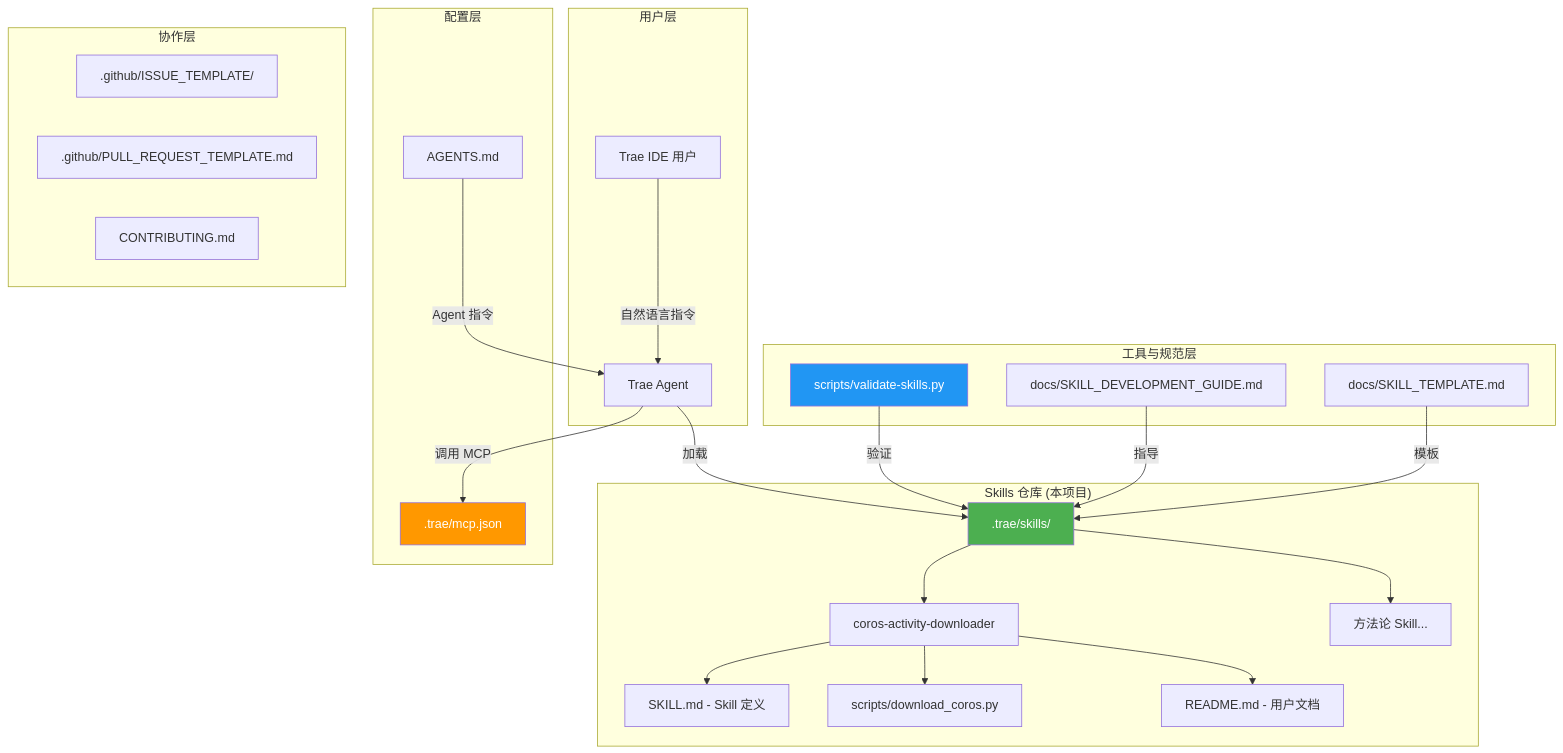
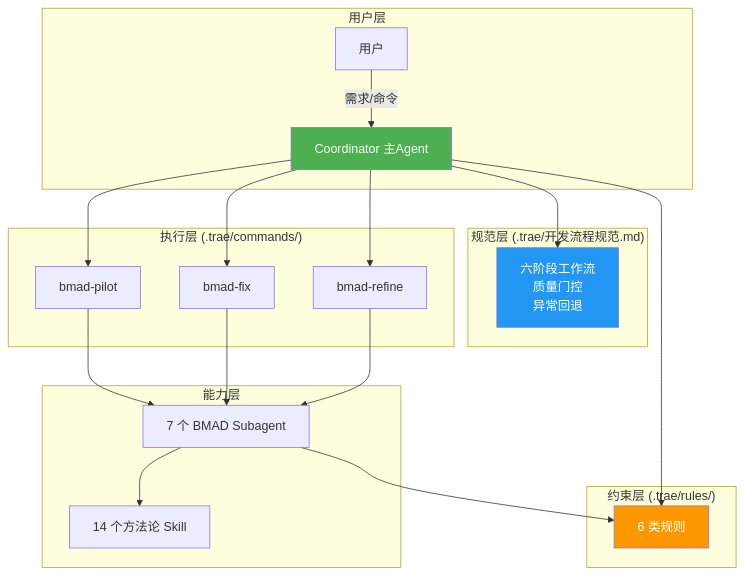
One commit to yecllsl/trae-agent-skills changed the first of 5 diagrams in CODE_WIKI.md. Above: the diagram before and after it, drawn with Mermaid. The commit also changed other lines of this file and 28 other files, not shown here.

````diff
--- a/CODE_WIKI.md
+++ b/CODE_WIKI.md
@@ -50,43 +53,40 @@
 ```mermaid
 graph TB
     subgraph "用户层"
-        A[Trae IDE 用户] -->|自然语言指令| B[Trae Agent]
+        A[用户] -->|需求/命令| B[Coordinator 主Agent]
     end
 
-    subgraph "Skills 仓库 (本项目)"
-        C[.trae/skills/]
-        C --> C1[coros-activity-downloader]
-        C1 --> C1a[SKILL.md - Skill 定义]
-        C1 --> C1b[scripts/download_coros.py]
-        C1 --> C1c[README.md - 用户文档]
-        C --> C2[方法论 Skill...]
+    subgraph "规范层 (.trae/开发流程规范.md)"
+        SPEC[六阶段工作流<br/>质量门控<br/>异常回退]
     end
 
-    subgraph "工具与规范层"
-        D[scripts/validate-skills.py]
-        E[docs/SKILL_DEVELOPMENT_GUIDE.md]
-        F[docs/SKILL_TEMPLATE.md]
+    subgraph "执行层 (.trae/commands/)"
+        CMD1[bmad-pilot]
+        CMD2[bmad-fix]
+        CMD3[bmad-refine]
     end
 
-    subgraph "配置层"
-        G[.trae/mcp.json]
-        I[AGENTS.md]
+    subgraph "能力层"
+        AGENTS[7 个 BMAD Subagent]
+        SKILLS[14 个方法论 Skill]
     end
 
-    subgraph "协作层"
-        J[.github/ISSUE_TEMPLATE/]
-        K[.github/PULL_REQUEST_TEMPLATE.md]
-        L[CONTRIBUTING.md]
+    subgraph "约束层 (.trae/rules/)"
+        RULES[6 类规则]
     end
 
-    B -->|加载| C
-    B -->|调用 MCP| G
-    D -->|验证| C
-    E -->|指导| C
-    F -->|模板| C
-    I -->|Agent 指令| B
+    B --> SPEC
+    B --> CMD1
+    B --> CMD2
+    B --> CMD3
+    CMD1 --> AGENTS
+    CMD2 --> AGENTS
+    CMD3 --> AGENTS
+    AGENTS --> SKILLS
+    B --> RULES
+    AGENTS --> RULES
 
-    style C fill:#4CAF50,color:#fff
-    style D fill:#2196F3,color:#fff
-    style G fill:#FF9800,color:#fff
+    style B fill:#4CAF50,color:#fff
+    style SPEC fill:#2196F3,color:#fff
+    style RULES fill:#FF9800,color:#fff
 ```
````
